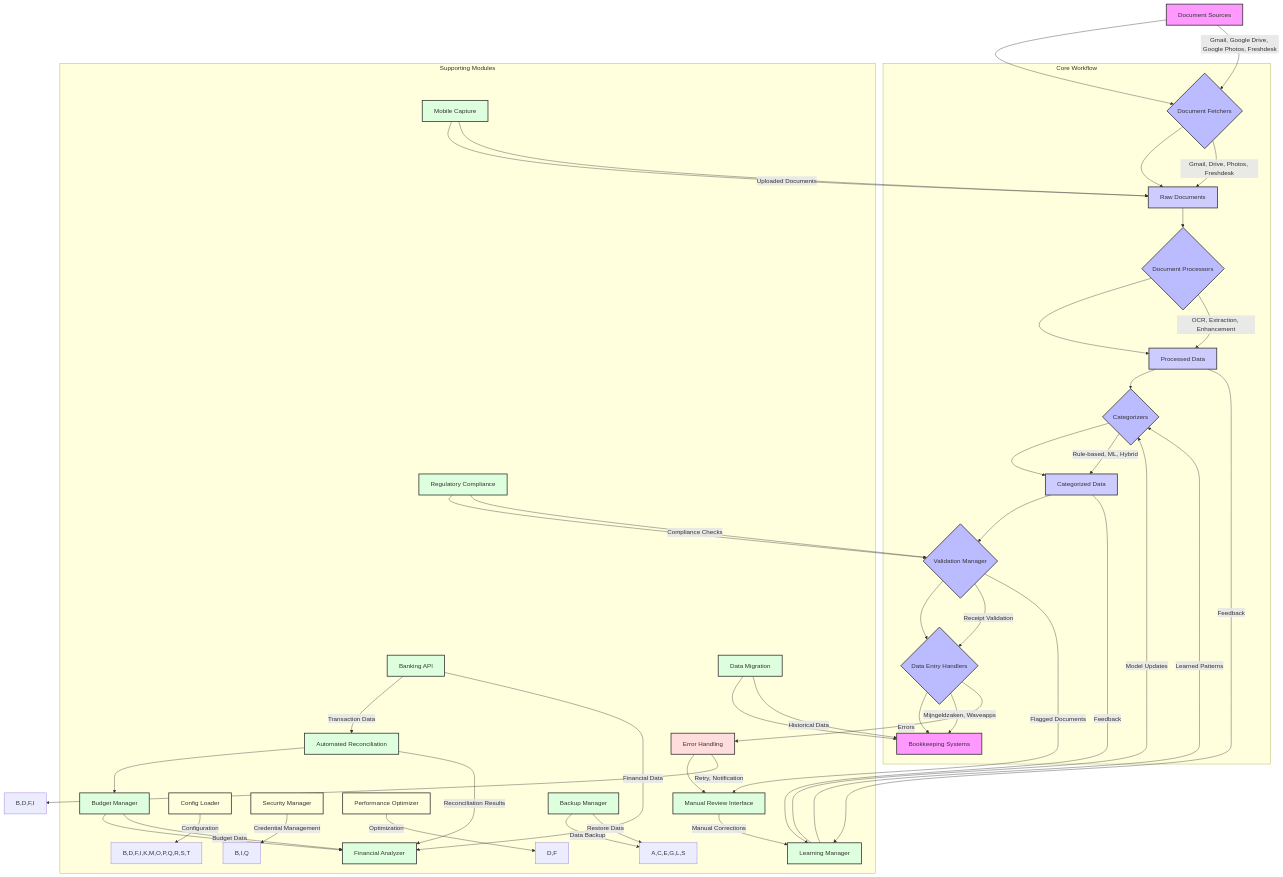
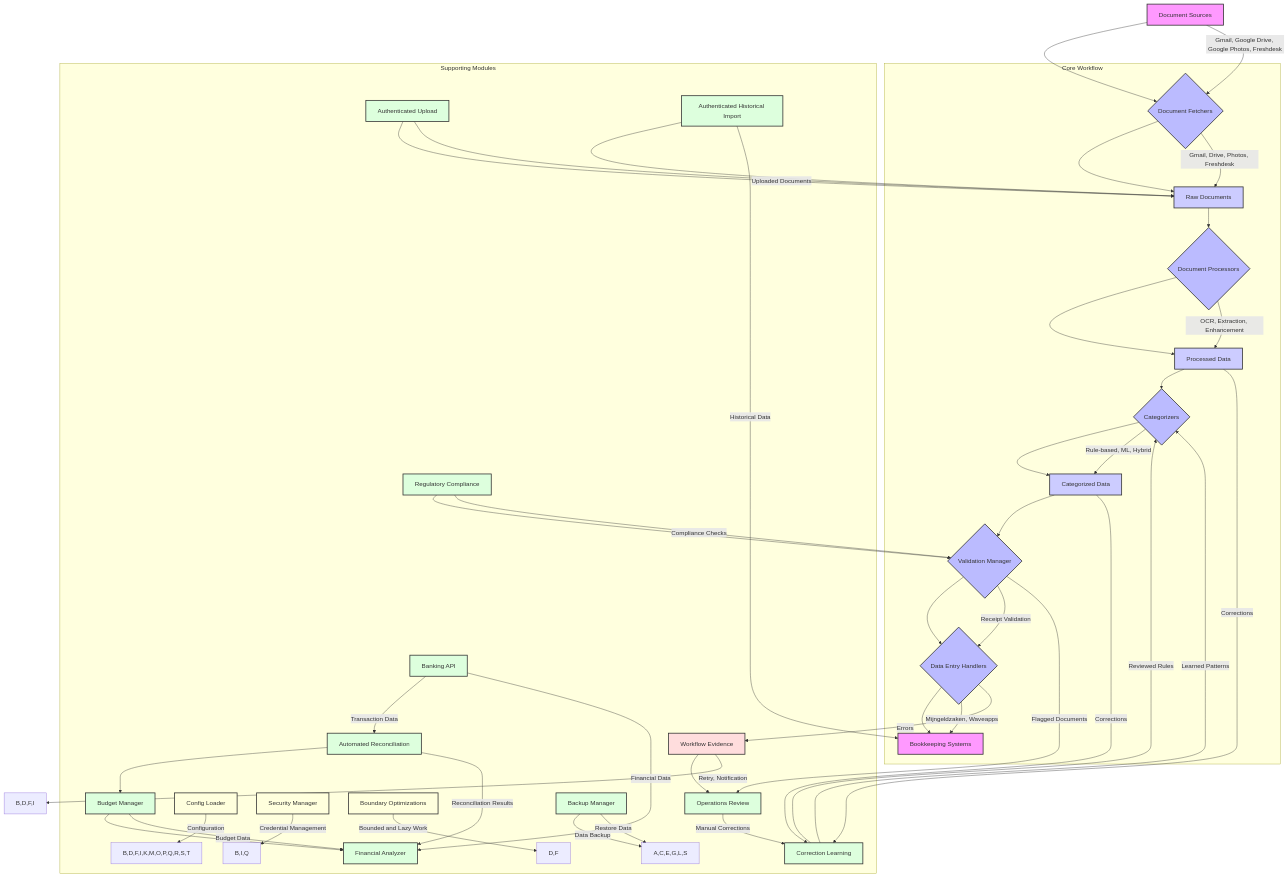
The diagram in docs/technical_reference.md (Noodzakelijk-Online/019-FAB), drawn with Mermaid before and after one commit. The commit also changed other lines of this file and 50 other files, not shown here.

````diff
--- a/docs/technical_reference.md
+++ b/docs/technical_reference.md
@@ -9,76 +9,76 @@
 ```mermaid
 graph TD
     A[Document Sources] --> B{Document Fetchers}
     B --> C[Raw Documents]
     C --> D{Document Processors}
     D --> E[Processed Data]
     E --> F{Categorizers}
     F --> G[Categorized Data]
     G --> H{Validation Manager}
     H --> I{Data Entry Handlers}
     I --> J[Bookkeeping Systems]
 
     subgraph Core Workflow
         B -- Gmail, Drive, Photos, Freshdesk --> C
         D -- OCR, Extraction, Enhancement --> E
         F -- Rule-based, ML, Hybrid --> G
         H -- Receipt Validation --> I
         I -- Mijngeldzaken, Waveapps --> J
     end
 
     subgraph Supporting Modules
-        E -- Feedback --> K[Learning Manager]
-        G -- Feedback --> K
-        K -- Model Updates --> F
-        H -- Flagged Documents --> L[Manual Review Interface]
-        I -- Errors --> M[Error Handling]
+        E -- Corrections --> K[Correction Learning]
+        G -- Corrections --> K
+        K -- Reviewed Rules --> F
+        H -- Flagged Documents --> L[Operations Review]
+        I -- Errors --> M[Workflow Evidence]
         M --> L
         N[Config Loader] -- Configuration --> B,D,F,I,K,M,O,P,Q,R,S,T
         O[Security Manager] -- Credential Management --> B,I,Q
-        P[Performance Optimizer] -- Optimization --> D,F
+        P[Boundary Optimizations] -- Bounded and Lazy Work --> D,F
         Q[Banking API] -- Transaction Data --> R[Automated Reconciliation]
         R --> S[Budget Manager]
         S --> T[Financial Analyzer]
-        U[Mobile Capture] --> C
-        V[Data Migration] --> J
+        U[Authenticated Upload] --> C
+        V[Authenticated Historical Import] --> C
         W[Regulatory Compliance] --> H
         X[Backup Manager] -- Data Backup --> A,C,E,G,L,S
     end
 
     A -- Gmail, Google Drive, Google Photos, Freshdesk --> B
     K -- Learned Patterns --> F
     L -- Manual Corrections --> K
     M -- Retry, Notification --> B,D,F,I
     Q -- Financial Data --> T
     R -- Reconciliation Results --> T
     S -- Budget Data --> T
     U -- Uploaded Documents --> C
     V -- Historical Data --> J
     W -- Compliance Checks --> H
     X -- Restore Data --> A,C,E,G,L,S
 
     style A fill:#f9f,stroke:#333,stroke-width:2px
     style B fill:#bbf,stroke:#333,stroke-width:2px
     style C fill:#ccf,stroke:#333,stroke-width:2px
     style D fill:#bbf,stroke:#333,stroke-width:2px
     style E fill:#ccf,stroke:#333,stroke-width:2px
     style F fill:#bbf,stroke:#333,stroke-width:2px
     style G fill:#ccf,stroke:#333,stroke-width:2px
     style H fill:#bbf,stroke:#333,stroke-width:2px
     style I fill:#bbf,stroke:#333,stroke-width:2px
     style J fill:#f9f,stroke:#333,stroke-width:2px
     style K fill:#dfd,stroke:#333,stroke-width:2px
     style L fill:#dfd,stroke:#333,stroke-width:2px
     style M fill:#fdd,stroke:#333,stroke-width:2px
     style N fill:#ffd,stroke:#333,stroke-width:2px
     style O fill:#ffd,stroke:#333,stroke-width:2px
     style P fill:#ffd,stroke:#333,stroke-width:2px
     style Q fill:#dfd,stroke:#333,stroke-width:2px
     style R fill:#dfd,stroke:#333,stroke-width:2px
     style S fill:#dfd,stroke:#333,stroke-width:2px
     style T fill:#dfd,stroke:#333,stroke-width:2px
     style U fill:#dfd,stroke:#333,stroke-width:2px
     style V fill:#dfd,stroke:#333,stroke-width:2px
     style W fill:#dfd,stroke:#333,stroke-width:2px
     style X fill:#dfd,stroke:#333,stroke-width:2px
 ```
````
